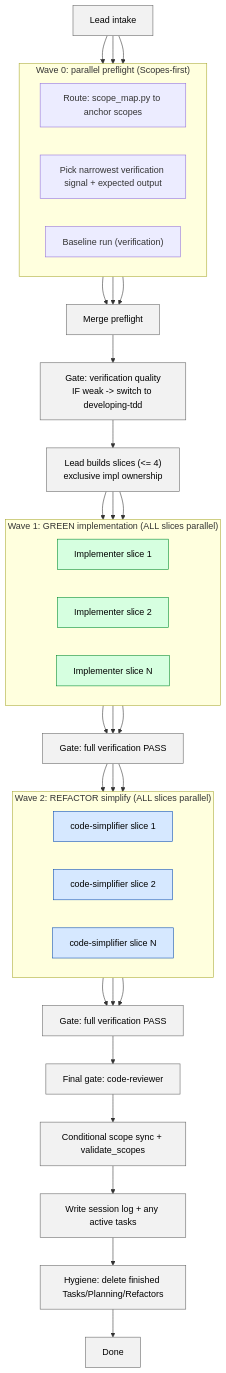
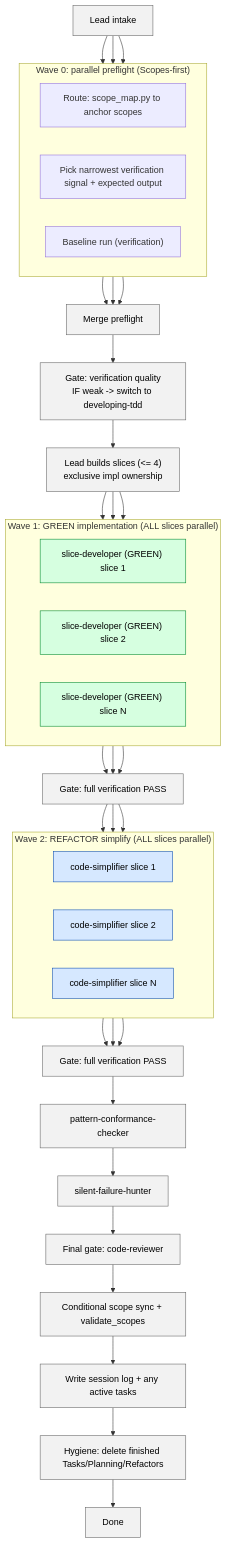
The diagram in skills/developing-verified/SKILL.md (benrben/Scopes), drawn with Mermaid before and after one commit. The commit also changed other lines of this file and 28 other files, not shown here.

````diff
--- a/skills/developing-verified/SKILL.md
+++ b/skills/developing-verified/SKILL.md
@@ -40,59 +40,61 @@
 ```mermaid
 flowchart TD
   classDef green fill:#d6ffe0,stroke:#008a2e,color:#000
   classDef blue fill:#d6e8ff,stroke:#0b4db3,color:#000
   classDef gray fill:#f2f2f2,stroke:#666,color:#000
 
   S["Lead intake"] --> P1
   S --> P2
   S --> P3
 
   subgraph Preflight["Wave 0: parallel preflight (Scopes-first)"]
     direction LR
     P1["Route: scope_map.py to anchor scopes"]
     P2["Pick narrowest verification signal + expected output"]
     P3["Baseline run (verification)"]
   end
 
   P1 --> MergeP["Merge preflight"]
   P2 --> MergeP
   P3 --> MergeP
   MergeP --> VGate["Gate: verification quality<br/>IF weak -> switch to developing-tdd"]
   VGate --> Slice["Lead builds slices (<= 4)<br/>exclusive impl ownership"]
 
   subgraph GreenWave["Wave 1: GREEN implementation (ALL slices parallel)"]
     direction LR
-    G1["Implementer slice 1"]
-    G2["Implementer slice 2"]
-    GN["Implementer slice N"]
+    G1["slice-developer (GREEN) slice 1"]
+    G2["slice-developer (GREEN) slice 2"]
+    GN["slice-developer (GREEN) slice N"]
   end
   Slice --> G1
   Slice --> G2
   Slice --> GN
   G1 --> Gate1["Gate: full verification PASS"]
   G2 --> Gate1
   GN --> Gate1
 
   subgraph BlueWave["Wave 2: REFACTOR simplify (ALL slices parallel)"]
     direction LR
     B1["code-simplifier slice 1"]
     B2["code-simplifier slice 2"]
     BN["code-simplifier slice N"]
   end
   Gate1 --> B1
   Gate1 --> B2
   Gate1 --> BN
   B1 --> Gate2["Gate: full verification PASS"]
   B2 --> Gate2
   BN --> Gate2
 
-  Gate2 --> Review["Final gate: code-reviewer"]
+  Gate2 --> PatCheck["pattern-conformance-checker"]
+  PatCheck --> SilentHunt["silent-failure-hunter"]
+  SilentHunt --> Review["Final gate: code-reviewer"]
   Review --> ScopeSync["Conditional scope sync + validate_scopes"]
   ScopeSync --> Log["Write session log + any active tasks"]
   Log --> Hygiene["Hygiene: delete finished Tasks/Planning/Refactors"]
   Hygiene --> Done["Done"]
 
-  class S,MergeP,VGate,Slice,Gate1,Gate2,Review,ScopeSync,Log,Hygiene,Done gray
+  class S,MergeP,VGate,Slice,Gate1,Gate2,PatCheck,SilentHunt,Review,ScopeSync,Log,Hygiene,Done gray
   class G1,G2,GN green
   class B1,B2,BN blue
 ```
````
